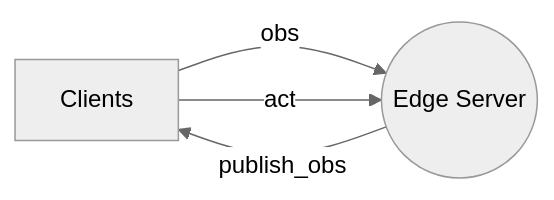
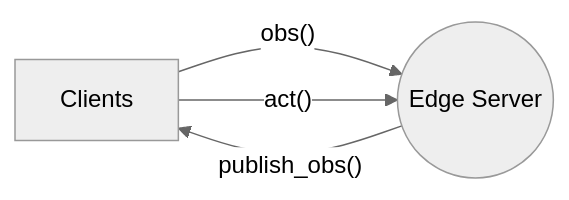
Before and after one commit to youliangtan/agentlace: the first of 3 diagrams in README.md, drawn with Mermaid (neutral theme). The commit also changed other lines of this file and 3 other files, not shown here.

Commit message:
fix mermaid doc and extend trainer function

````diff
--- a/README.md
+++ b/README.md
@@ -33,6 +35,6 @@
 ```mermaid
 graph LR
-A[Clients] -- obs --> B((Edge Server))
-A -- act --> B
-B -- publish_obs --> A
+A[Clients] -- obs() --> B((Edge Server))
+A -- act() --> B
+B -- publish_obs() --> A
 ```
````
